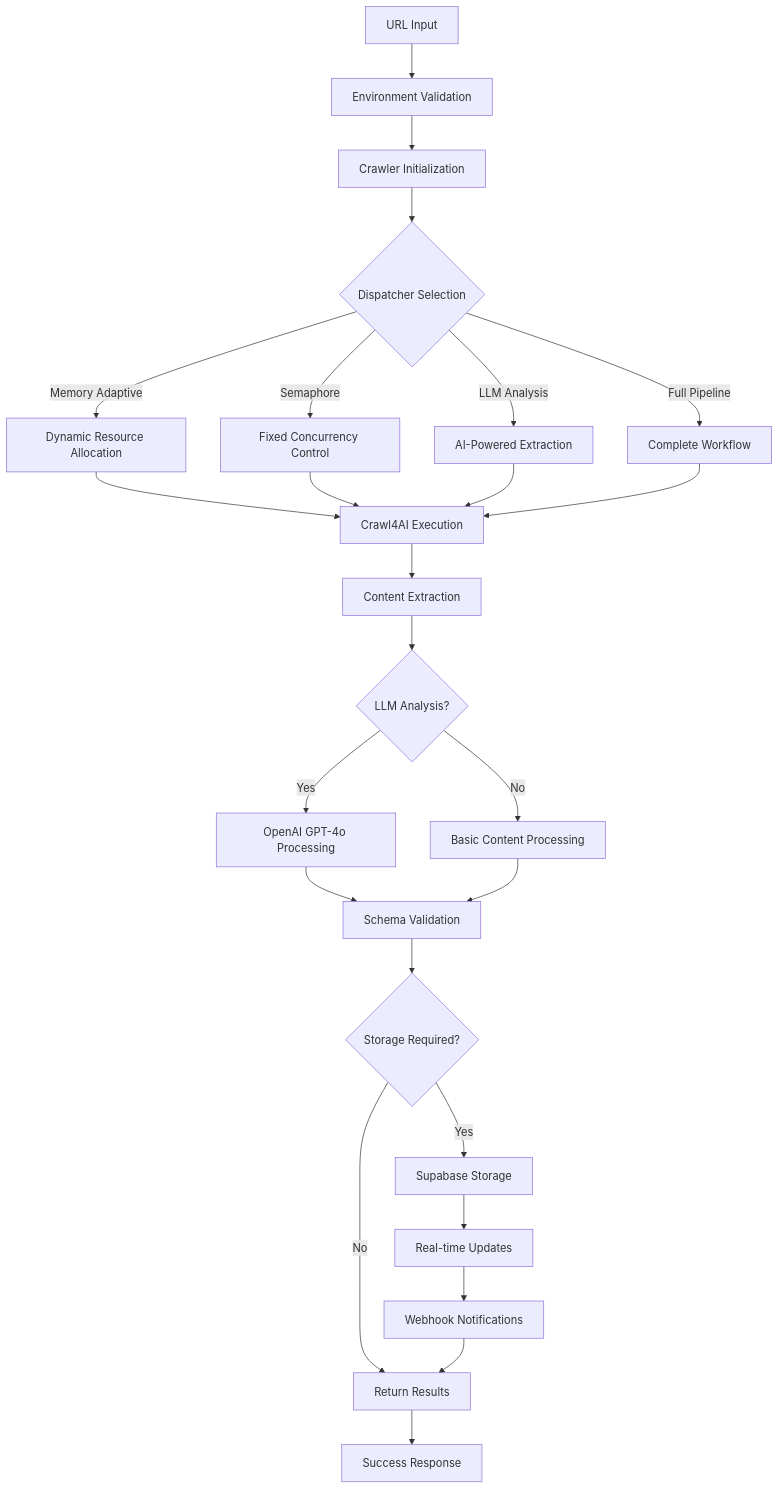
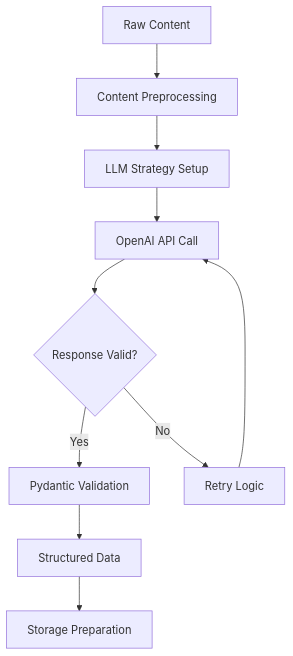
One commit to Gaya56/supa-crawl changed the third of 8 diagrams in docs/architecture/workflow.md. Above: the diagram before and after it, drawn with Mermaid. The commit also changed other lines of this file and 5 other files, not shown here.

First line of the commit message:
📚 Complete documentation package for Supa-Crawl LLM pipeline

````diff
--- a/docs/architecture/workflow.md
+++ b/docs/architecture/workflow.md
@@ -9,36 +141,12 @@
 ```mermaid
-graph TD
-    A[URL Input] --> B[Environment Validation]
-    B --> C[Crawler Initialization]
-    C --> D{Dispatcher Selection}
-    
-    D -->|Memory Adaptive| E[Dynamic Resource Allocation]
-    D -->|Semaphore| F[Fixed Concurrency Control]
-    D -->|LLM Analysis| G[AI-Powered Extraction]
-    D -->|Full Pipeline| H[Complete Workflow]
-    
-    E --> I[Crawl4AI Execution]
-    F --> I
-    G --> I
-    H --> I
-    
-    I --> J[Content Extraction]
-    J --> K{LLM Analysis?}
-    
-    K -->|Yes| L[OpenAI GPT-4o Processing]
-    K -->|No| M[Basic Content Processing]
-    
-    L --> N[Schema Validation]
-    M --> N
-    
-    N --> O{Storage Required?}
-    
-    O -->|Yes| P[Supabase Storage]
-    O -->|No| Q[Return Results]
-    
-    P --> R[Real-time Updates]
-    R --> S[Webhook Notifications]
-    S --> Q
-    
-    Q --> T[Success Response]
+flowchart TD
+    A[Raw Content] --> B[Content Preprocessing]
+    B --> C[LLM Strategy Setup]
+    C --> D[OpenAI API Call]
+    D --> E{Response Valid?}
+    E -->|Yes| F[Pydantic Validation]
+    E -->|No| G[Retry Logic]
+    F --> H[Structured Data]
+    G --> D
+    H --> I[Storage Preparation]
 ```
````
